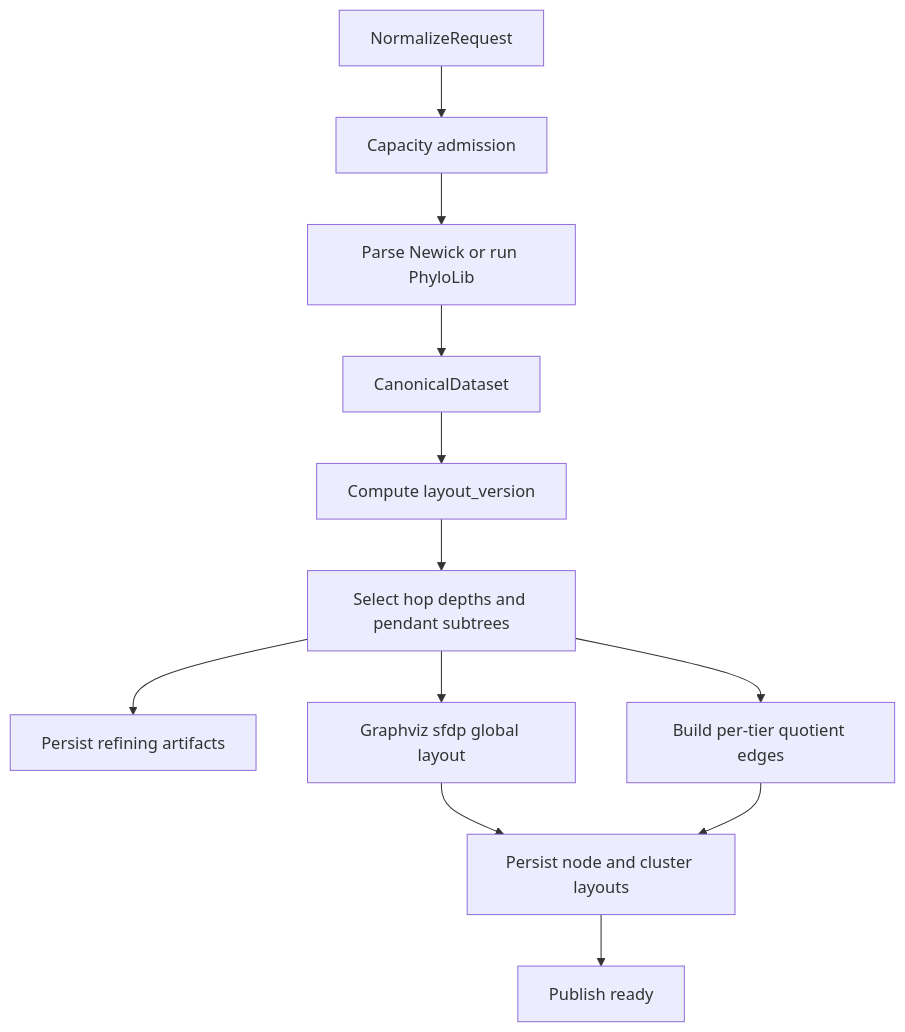
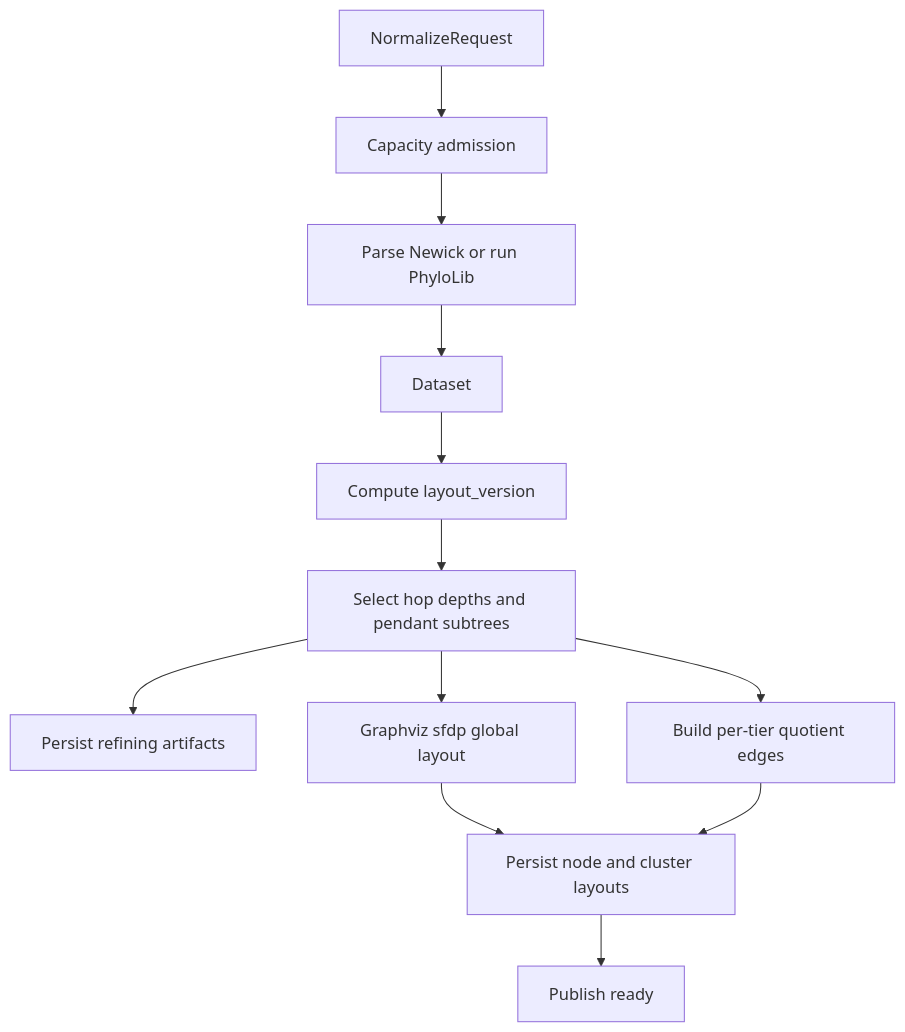
The second of 5 diagrams in docs/flow.md (phyloviz/phylo-lens), drawn with Mermaid before and after one commit. The commit also changed other lines of this file and 9 other files, not shown here.

````diff
--- a/docs/flow.md
+++ b/docs/flow.md
@@ -54,21 +61,21 @@
 ```mermaid
 flowchart TD
   Request[NormalizeRequest]
   Admission[Capacity admission]
   Parse[Parse Newick or run PhyloLib]
-  Canonical[CanonicalDataset]
+  DatasetValue[Dataset]
   Fingerprint[Compute layout_version]
   Cluster[Select hop depths and pendant subtrees]
   PersistBase[Persist refining artifacts]
   Edges[Build per-tier quotient edges]
   Layout[Graphviz sfdp global layout]
   PersistLayout[Persist node and cluster layouts]
   Publish[Publish ready]
 
-  Request --> Admission --> Parse --> Canonical --> Fingerprint --> Cluster
+  Request --> Admission --> Parse --> DatasetValue --> Fingerprint --> Cluster
   Cluster --> PersistBase
   Cluster --> Edges
   Cluster --> Layout
   Layout --> PersistLayout
   Edges --> PersistLayout --> Publish
 ```
````
